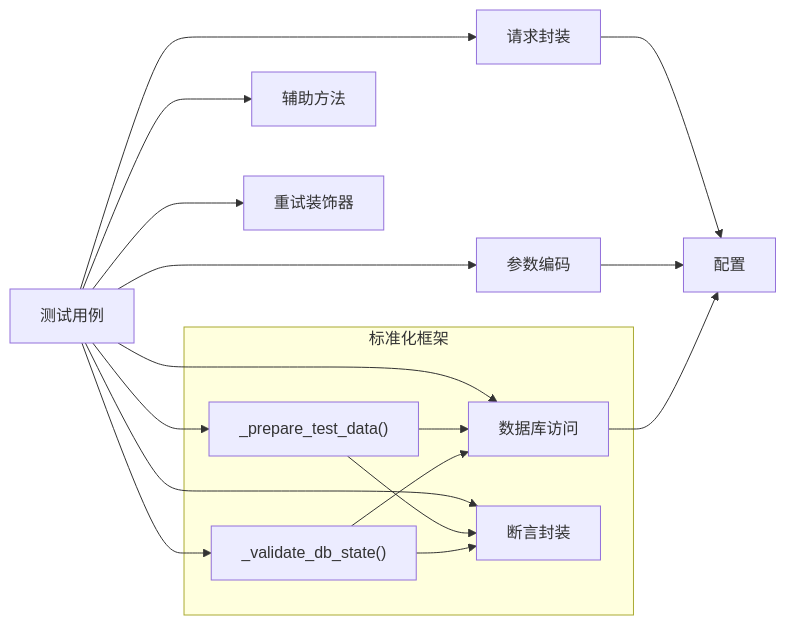
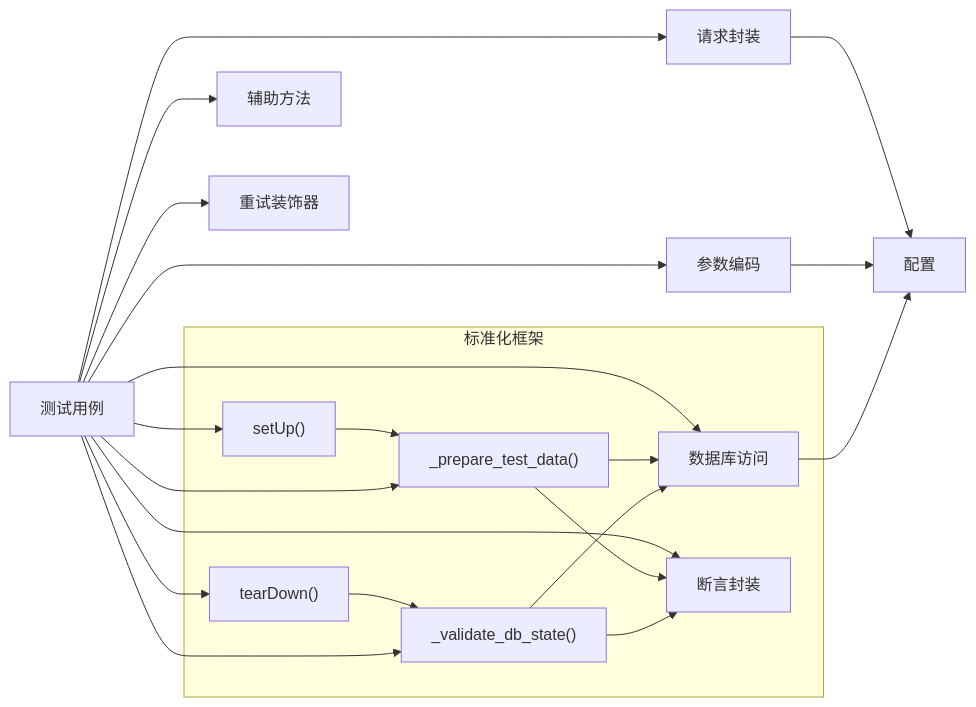
The third of 3 diagrams in .qoder/repowiki/zh/content/支付测试用例/金币支付测试.md (liximing1-ola/qa-payTest), drawn with Mermaid before and after one commit. The commit also changed other lines of this file and 103 other files, not shown here.

````diff
--- a/.qoder/repowiki/zh/content/支付测试用例/金币支付测试.md
+++ b/.qoder/repowiki/zh/content/支付测试用例/金币支付测试.md
@@ -325,22 +339,28 @@
 ```mermaid
 graph LR
 TC["测试用例"] --> ENC["参数编码"]
 TC --> REQ["请求封装"]
 TC --> DB["数据库访问"]
 TC --> ASS["断言封装"]
 TC --> MTH["辅助方法"]
 TC --> RET["重试装饰器"]
 REQ --> CFG["配置"]
 ENC --> CFG
 DB --> CFG
 subgraph "标准化框架"
+SETUP["setUp()"]
+TEARDOWN["tearDown()"]
 PREP["_prepare_test_data()"]
 VAL["_validate_db_state()"]
+SETUP --> PREP
+TEARDOWN --> VAL
 PREP --> DB
 VAL --> DB
 PREP --> ASS
 VAL --> ASS
 end
+TC --> SETUP
+TC --> TEARDOWN
 TC --> PREP
 TC --> VAL
 ```
````
